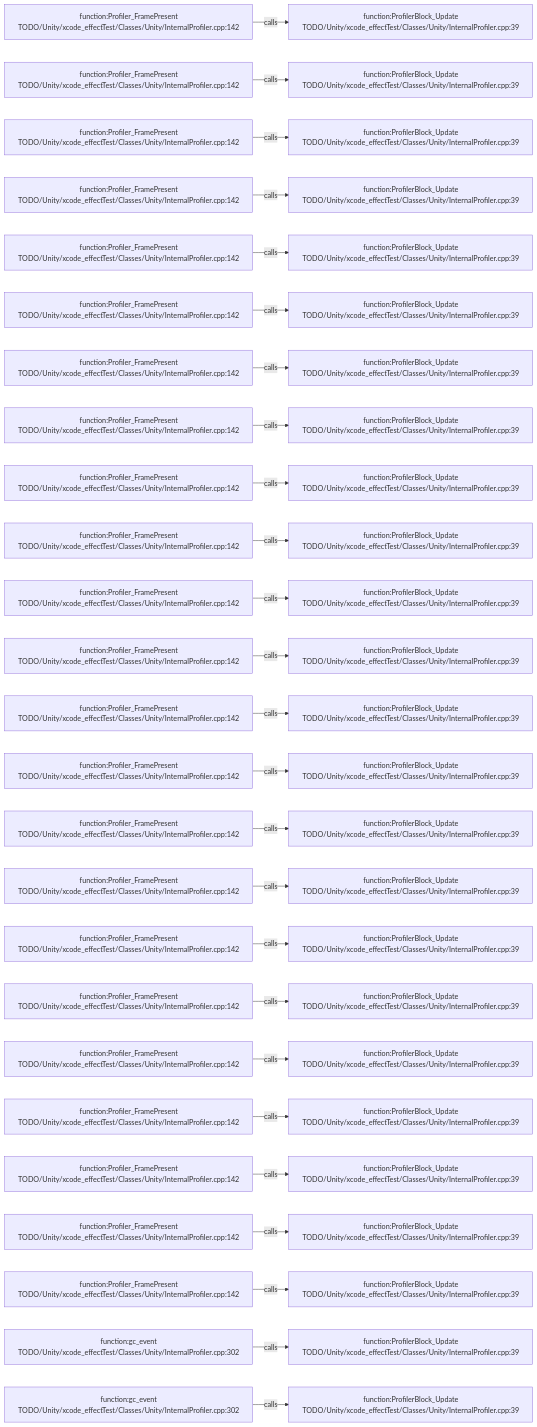
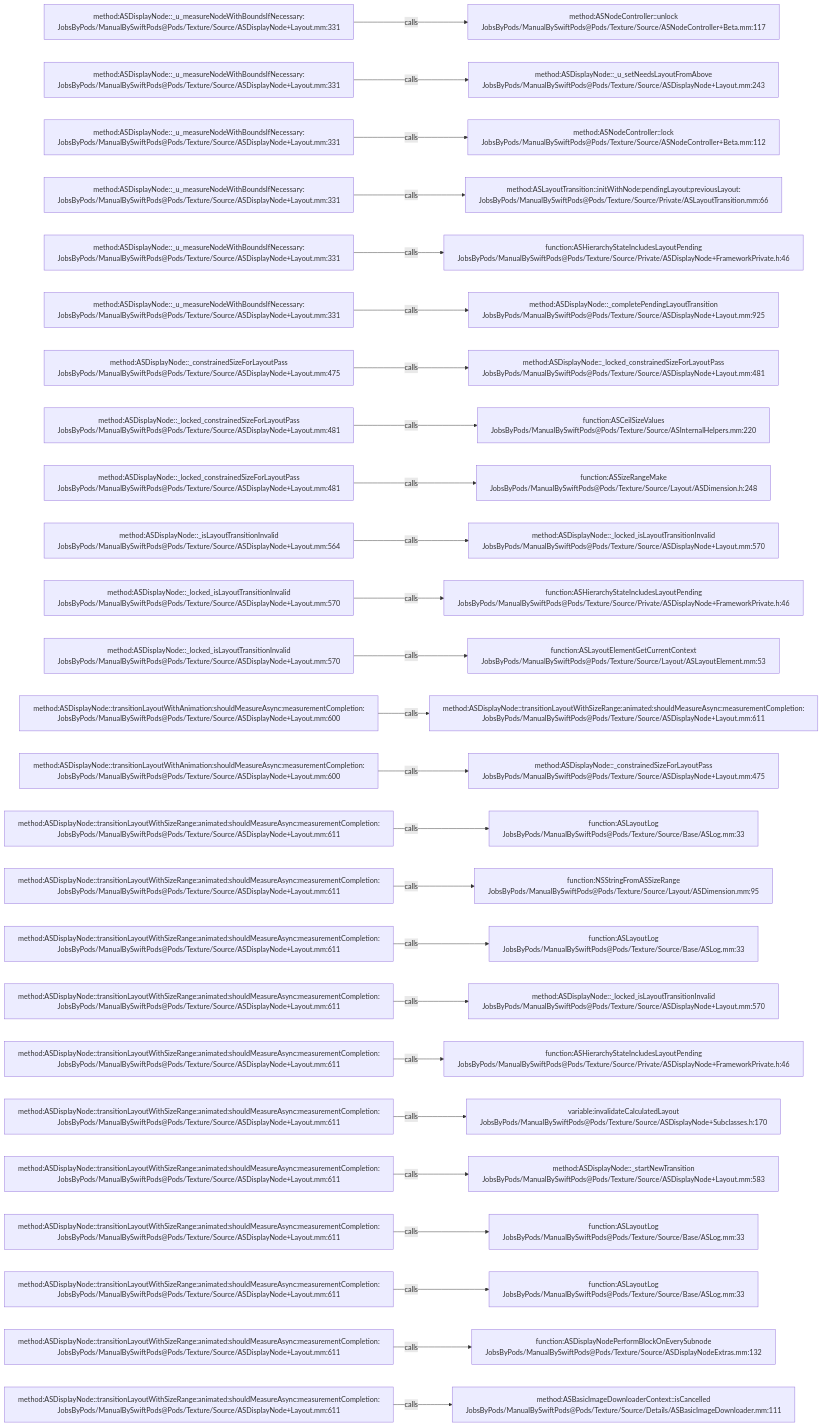
The diagram in .codegraph/codegraph.md/graphs/calls-041.md (JobsKits/JobsSwiftBaseConfigDemo), drawn with Mermaid before and after one commit. The commit also changed 2959 other files, not shown here.

````diff
--- a/.codegraph/codegraph.md/graphs/calls-041.md
+++ b/.codegraph/codegraph.md/graphs/calls-041.md
@@ -13,78 +13,78 @@
 ```mermaid
 flowchart LR
-  S1["function:Profiler_FramePresent<br/>TODO/Unity/xcode_effectTest/Classes/Unity/InternalProfiler.cpp:142"]
-  T1["function:ProfilerBlock_Update<br/>TODO/Unity/xcode_effectTest/Classes/Unity/InternalProfiler.cpp:39"]
+  S1["method:ASDisplayNode::_u_measureNodeWithBoundsIfNecessary:<br/>JobsByPods/ManualBySwiftPods@Pods/Texture/Source/ASDisplayNode+Layout.mm:331"]
+  T1["method:ASNodeController::unlock<br/>JobsByPods/ManualBySwiftPods@Pods/Texture/Source/ASNodeController+Beta.mm:117"]
   S1 -->|calls| T1
-  S2["function:Profiler_FramePresent<br/>TODO/Unity/xcode_effectTest/Classes/Unity/InternalProfiler.cpp:142"]
-  T2["function:ProfilerBlock_Update<br/>TODO/Unity/xcode_effectTest/Classes/Unity/InternalProfiler.cpp:39"]
+  S2["method:ASDisplayNode::_u_measureNodeWithBoundsIfNecessary:<br/>JobsByPods/ManualBySwiftPods@Pods/Texture/Source/ASDisplayNode+Layout.mm:331"]
+  T2["method:ASDisplayNode::_u_setNeedsLayoutFromAbove<br/>JobsByPods/ManualBySwiftPods@Pods/Texture/Source/ASDisplayNode+Layout.mm:243"]
   S2 -->|calls| T2
-  S3["function:Profiler_FramePresent<br/>TODO/Unity/xcode_effectTest/Classes/Unity/InternalProfiler.cpp:142"]
-  T3["function:ProfilerBlock_Update<br/>TODO/Unity/xcode_effectTest/Classes/Unity/InternalProfiler.cpp:39"]
+  S3["method:ASDisplayNode::_u_measureNodeWithBoundsIfNecessary:<br/>JobsByPods/ManualBySwiftPods@Pods/Texture/Source/ASDisplayNode+Layout.mm:331"]
+  T3["method:ASNodeController::lock<br/>JobsByPods/ManualBySwiftPods@Pods/Texture/Source/ASNodeController+Beta.mm:112"]
   S3 -->|calls| T3
-  S4["function:Profiler_FramePresent<br/>TODO/Unity/xcode_effectTest/Classes/Unity/InternalProfiler.cpp:142"]
-  T4["function:ProfilerBlock_Update<br/>TODO/Unity/xcode_effectTest/Classes/Unity/InternalProfiler.cpp:39"]
+  S4["method:ASDisplayNode::_u_measureNodeWithBoundsIfNecessary:<br/>JobsByPods/ManualBySwiftPods@Pods/Texture/Source/ASDisplayNode+Layout.mm:331"]
+  T4["method:ASLayoutTransition::initWithNode:pendingLayout:previousLayout:<br/>JobsByPods/ManualBySwiftPods@Pods/Texture/Source/Private/ASLayoutTransition.mm:66"]
   S4 -->|calls| T4
-  S5["function:Profiler_FramePresent<br/>TODO/Unity/xcode_effectTest/Classes/Unity/InternalProfiler.cpp:142"]
-  T5["function:ProfilerBlock_Update<br/>TODO/Unity/xcode_effectTest/Classes/Unity/InternalProfiler.cpp:39"]
+  S5["method:ASDisplayNode::_u_measureNodeWithBoundsIfNecessary:<br/>JobsByPods/ManualBySwiftPods@Pods/Texture/Source/ASDisplayNode+Layout.mm:331"]
+  T5["function:ASHierarchyStateIncludesLayoutPending<br/>JobsByPods/ManualBySwiftPods@Pods/Texture/Source/Private/ASDisplayNode+FrameworkPrivate.h:46"]
   S5 -->|calls| T5
-  S6["function:Profiler_FramePresent<br/>TODO/Unity/xcode_effectTest/Classes/Unity/InternalProfiler.cpp:142"]
-  T6["function:ProfilerBlock_Update<br/>TODO/Unity/xcode_effectTest/Classes/Unity/InternalProfiler.cpp:39"]
+  S6["method:ASDisplayNode::_u_measureNodeWithBoundsIfNecessary:<br/>JobsByPods/ManualBySwiftPods@Pods/Texture/Source/ASDisplayNode+Layout.mm:331"]
+  T6["method:ASDisplayNode::_completePendingLayoutTransition<br/>JobsByPods/ManualBySwiftPods@Pods/Texture/Source/ASDisplayNode+Layout.mm:925"]
   S6 -->|calls| T6
-  S7["function:Profiler_FramePresent<br/>TODO/Unity/xcode_effectTest/Classes/Unity/InternalProfiler.cpp:142"]
-  T7["function:ProfilerBlock_Update<br/>TODO/Unity/xcode_effectTest/Classes/Unity/InternalProfiler.cpp:39"]
+  S7["method:ASDisplayNode::_constrainedSizeForLayoutPass<br/>JobsByPods/ManualBySwiftPods@Pods/Texture/Source/ASDisplayNode+Layout.mm:475"]
+  T7["method:ASDisplayNode::_locked_constrainedSizeForLayoutPass<br/>JobsByPods/ManualBySwiftPods@Pods/Texture/Source/ASDisplayNode+Layout.mm:481"]
   S7 -->|calls| T7
-  S8["function:Profiler_FramePresent<br/>TODO/Unity/xcode_effectTest/Classes/Unity/InternalProfiler.cpp:142"]
-  T8["function:ProfilerBlock_Update<br/>TODO/Unity/xcode_effectTest/Classes/Unity/InternalProfiler.cpp:39"]
+  S8["method:ASDisplayNode::_locked_constrainedSizeForLayoutPass<br/>JobsByPods/ManualBySwiftPods@Pods/Texture/Source/ASDisplayNode+Layout.mm:481"]
+  T8["function:ASCeilSizeValues<br/>JobsByPods/ManualBySwiftPods@Pods/Texture/Source/ASInternalHelpers.mm:220"]
   S8 -->|calls| T8
-  S9["function:Profiler_FramePresent<br/>TODO/Unity/xcode_effectTest/Classes/Unity/InternalProfiler.cpp:142"]
-  T9["function:ProfilerBlock_Update<br/>TODO/Unity/xcode_effectTest/Classes/Unity/InternalProfiler.cpp:39"]
+  S9["method:ASDisplayNode::_locked_constrainedSizeForLayoutPass<br/>JobsByPods/ManualBySwiftPods@Pods/Texture/Source/ASDisplayNode+Layout.mm:481"]
+  T9["function:ASSizeRangeMake<br/>JobsByPods/ManualBySwiftPods@Pods/Texture/Source/Layout/ASDimension.h:248"]
   S9 -->|calls| T9
-  S10["function:Profiler_FramePresent<br/>TODO/Unity/xcode_effectTest/Classes/Unity/InternalProfiler.cpp:142"]
-  T10["function:ProfilerBlock_Update<br/>TODO/Unity/xcode_effectTest/Classes/Unity/InternalProfiler.cpp:39"]
+  S10["method:ASDisplayNode::_isLayoutTransitionInvalid<br/>JobsByPods/ManualBySwiftPods@Pods/Texture/Source/ASDisplayNode+Layout.mm:564"]
+  T10["method:ASDisplayNode::_locked_isLayoutTransitionInvalid<br/>JobsByPods/ManualBySwiftPods@Pods/Texture/Source/ASDisplayNode+Layout.mm:570"]
   S10 -->|calls| T10
-  S11["function:Profiler_FramePresent<br/>TODO/Unity/xcode_effectTest/Classes/Unity/InternalProfiler.cpp:142"]
-  T11["function:ProfilerBlock_Update<br/>TODO/Unity/xcode_effectTest/Classes/Unity/InternalProfiler.cpp:39"]
+  S11["method:ASDisplayNode::_locked_isLayoutTransitionInvalid<br/>JobsByPods/ManualBySwiftPods@Pods/Texture/Source/ASDisplayNode+Layout.mm:570"]
+  T11["function:ASHierarchyStateIncludesLayoutPending<br/>JobsByPods/ManualBySwiftPods@Pods/Texture/Source/Private/ASDisplayNode+FrameworkPrivate.h:46"]
   S11 -->|calls| T11
-  S12["function:Profiler_FramePresent<br/>TODO/Unity/xcode_effectTest/Classes/Unity/InternalProfiler.cpp:142"]
-  T12["function:ProfilerBlock_Update<br/>TODO/Unity/xcode_effectTest/Classes/Unity/InternalProfiler.cpp:39"]
+  S12["method:ASDisplayNode::_locked_isLayoutTransitionInvalid<br/>JobsByPods/ManualBySwiftPods@Pods/Texture/Source/ASDisplayNode+Layout.mm:570"]
+  T12["function:ASLayoutElementGetCurrentContext<br/>JobsByPods/ManualBySwiftPods@Pods/Texture/Source/Layout/ASLayoutElement.mm:53"]
   S12 -->|calls| T12
-  S13["function:Profiler_FramePresent<br/>TODO/Unity/xcode_effectTest/Classes/Unity/InternalProfiler.cpp:142"]
-  T13["function:ProfilerBlock_Update<br/>TODO/Unity/xcode_effectTest/Classes/Unity/InternalProfiler.cpp:39"]
+  S13["method:ASDisplayNode::transitionLayoutWithAnimation:shouldMeasureAsync:measurementCompletion:<br/>JobsByPods/ManualBySwiftPods@Pods/Texture/Source/ASDisplayNode+Layout.mm:600"]
+  T13["method:ASDisplayNode::transitionLayoutWithSizeRange:animated:shouldMeasureAsync:measurementCompletion:<br/>JobsByPods/ManualBySwiftPods@Pods/Texture/Source/ASDisplayNode+Layout.mm:611"]
   S13 -->|calls| T13
-  S14["function:Profiler_FramePresent<br/>TODO/Unity/xcode_effectTest/Classes/Unity/InternalProfiler.cpp:142"]
-  T14["function:ProfilerBlock_Update<br/>TODO/Unity/xcode_effectTest/Classes/Unity/InternalProfiler.cpp:39"]
+  S14["method:ASDisplayNode::transitionLayoutWithAnimation:shouldMeasureAsync:measurementCompletion:<br/>JobsByPods/ManualBySwiftPods@Pods/Texture/Source/ASDisplayNode+Layout.mm:600"]
+  T14["method:ASDisplayNode::_constrainedSizeForLayoutPass<br/>JobsByPods/ManualBySwiftPods@Pods/Texture/Source/ASDisplayNode+Layout.mm:475"]
   S14 -->|calls| T14
-  S15["function:Profiler_FramePresent<br/>TODO/Unity/xcode_effectTest/Classes/Unity/InternalProfiler.cpp:142"]
-  T15["function:ProfilerBlock_Update<br/>TODO/Unity/xcode_effectTest/Classes/Unity/InternalProfiler.cpp:39"]
+  S15["method:ASDisplayNode::transitionLayoutWithSizeRange:animated:shouldMeasureAsync:measurementCompletion:<br/>JobsByPods/ManualBySwiftPods@Pods/Texture/Source/ASDisplayNode+Layout.mm:611"]
+  T15["function:ASLayoutLog<br/>JobsByPods/ManualBySwiftPods@Pods/Texture/Source/Base/ASLog.mm:33"]
   S15 -->|calls| T15
-  S16["function:Profiler_FramePresent<br/>TODO/Unity/xcode_effectTest/Classes/Unity/InternalProfiler.cpp:142"]
-  T16["function:ProfilerBlock_Update<br/>TODO/Unity/xcode_effectTest/Classes/Unity/InternalProfiler.cpp:39"]
+  S16["method:ASDisplayNode::transitionLayoutWithSizeRange:animated:shouldMeasureAsync:measurementCompletion:<br/>JobsByPods/ManualBySwiftPods@Pods/Texture/Source/ASDisplayNode+Layout.mm:611"]
+  T16["function:NSStringFromASSizeRange<br/>JobsByPods/ManualBySwiftPods@Pods/Texture/Source/Layout/ASDimension.mm:95"]
   S16 -->|calls| T16
-  S17["function:Profiler_FramePresent<br/>TODO/Unity/xcode_effectTest/Classes/Unity/InternalProfiler.cpp:142"]
-  T17["function:ProfilerBlock_Update<br/>TODO/Unity/xcode_effectTest/Classes/Unity/InternalProfiler.cpp:39"]
+  S17["method:ASDisplayNode::transitionLayoutWithSizeRange:animated:shouldMeasureAsync:measurementCompletion:<br/>JobsByPods/ManualBySwiftPods@Pods/Texture/Source/ASDisplayNode+Layout.mm:611"]
+  T17["function:ASLayoutLog<br/>JobsByPods/ManualBySwiftPods@Pods/Texture/Source/Base/ASLog.mm:33"]
   S17 -->|calls| T17
-  S18["function:Profiler_FramePresent<br/>TODO/Unity/xcode_effectTest/Classes/Unity/InternalProfiler.cpp:142"]
-  T18["function:ProfilerBlock_Update<br/>TODO/Unity/xcode_effectTest/Classes/Unity/InternalProfiler.cpp:39"]
+  S18["method:ASDisplayNode::transitionLayoutWithSizeRange:animated:shouldMeasureAsync:measurementCompletion:<br/>JobsByPods/ManualBySwiftPods@Pods/Texture/Source/ASDisplayNode+Layout.mm:611"]
+  T18["method:ASDisplayNode::_locked_isLayoutTransitionInvalid<br/>JobsByPods/ManualBySwiftPods@Pods/Texture/Source/ASDisplayNode+Layout.mm:570"]
   S18 -->|calls| T18
-  S19["function:Profiler_FramePresent<br/>TODO/Unity/xcode_effectTest/Classes/Unity/InternalProfiler.cpp:142"]
-  T19["function:ProfilerBlock_Update<br/>TODO/Unity/xcode_effectTest/Classes/Unity/InternalProfiler.cpp:39"]
+  S19["method:ASDisplayNode::transitionLayoutWithSizeRange:animated:shouldMeasureAsync:measurementCompletion:<br/>JobsByPods/ManualBySwiftPods@Pods/Texture/Source/ASDisplayNode+Layout.mm:611"]
+  T19["function:ASHierarchyStateIncludesLayoutPending<br/>JobsByPods/ManualBySwiftPods@Pods/Texture/Source/Private/ASDisplayNode+FrameworkPrivate.h:46"]
   S19 -->|calls| T19
-  S20["function:Profiler_FramePresent<br/>TODO/Unity/xcode_effectTest/Classes/Unity/InternalProfiler.cpp:142"]
-  T20["function:ProfilerBlock_Update<br/>TODO/Unity/xcode_effectTest/Classes/Unity/InternalProfiler.cpp:39"]
+  S20["method:ASDisplayNode::transitionLayoutWithSizeRange:animated:shouldMeasureAsync:measurementCompletion:<br/>JobsByPods/ManualBySwiftPods@Pods/Texture/Source/ASDisplayNode+Layout.mm:611"]
+  T20["variable:invalidateCalculatedLayout<br/>JobsByPods/ManualBySwiftPods@Pods/Texture/Source/ASDisplayNode+Subclasses.h:170"]
   S20 -->|calls| T20
-  S21["function:Profiler_FramePresent<br/>TODO/Unity/xcode_effectTest/Classes/Unity/InternalProfiler.cpp:142"]
-  T21["function:ProfilerBlock_Update<br/>TODO/Unity/xcode_effectTest/Classes/Unity/InternalProfiler.cpp:39"]
+  S21["method:ASDisplayNode::transitionLayoutWithSizeRange:animated:shouldMeasureAsync:measurementCompletion:<br/>JobsByPods/ManualBySwiftPods@Pods/Texture/Source/ASDisplayNode+Layout.mm:611"]
+  T21["method:ASDisplayNode::_startNewTransition<br/>JobsByPods/ManualBySwiftPods@Pods/Texture/Source/ASDisplayNode+Layout.mm:583"]
   S21 -->|calls| T21
-  S22["function:Profiler_FramePresent<br/>TODO/Unity/xcode_effectTest/Classes/Unity/InternalProfiler.cpp:142"]
-  T22["function:ProfilerBlock_Update<br/>TODO/Unity/xcode_effectTest/Classes/Unity/InternalProfiler.cpp:39"]
+  S22["method:ASDisplayNode::transitionLayoutWithSizeRange:animated:shouldMeasureAsync:measurementCompletion:<br/>JobsByPods/ManualBySwiftPods@Pods/Texture/Source/ASDisplayNode+Layout.mm:611"]
+  T22["function:ASLayoutLog<br/>JobsByPods/ManualBySwiftPods@Pods/Texture/Source/Base/ASLog.mm:33"]
   S22 -->|calls| T22
-  S23["function:Profiler_FramePresent<br/>TODO/Unity/xcode_effectTest/Classes/Unity/InternalProfiler.cpp:142"]
-  T23["function:ProfilerBlock_Update<br/>TODO/Unity/xcode_effectTest/Classes/Unity/InternalProfiler.cpp:39"]
+  S23["method:ASDisplayNode::transitionLayoutWithSizeRange:animated:shouldMeasureAsync:measurementCompletion:<br/>JobsByPods/ManualBySwiftPods@Pods/Texture/Source/ASDisplayNode+Layout.mm:611"]
+  T23["function:ASLayoutLog<br/>JobsByPods/ManualBySwiftPods@Pods/Texture/Source/Base/ASLog.mm:33"]
   S23 -->|calls| T23
-  S24["function:gc_event<br/>TODO/Unity/xcode_effectTest/Classes/Unity/InternalProfiler.cpp:302"]
-  T24["function:ProfilerBlock_Update<br/>TODO/Unity/xcode_effectTest/Classes/Unity/InternalProfiler.cpp:39"]
+  S24["method:ASDisplayNode::transitionLayoutWithSizeRange:animated:shouldMeasureAsync:measurementCompletion:<br/>JobsByPods/ManualBySwiftPods@Pods/Texture/Source/ASDisplayNode+Layout.mm:611"]
+  T24["function:ASDisplayNodePerformBlockOnEverySubnode<br/>JobsByPods/ManualBySwiftPods@Pods/Texture/Source/ASDisplayNodeExtras.mm:132"]
   S24 -->|calls| T24
-  S25["function:gc_event<br/>TODO/Unity/xcode_effectTest/Classes/Unity/InternalProfiler.cpp:302"]
-  T25["function:ProfilerBlock_Update<br/>TODO/Unity/xcode_effectTest/Classes/Unity/InternalProfiler.cpp:39"]
+  S25["method:ASDisplayNode::transitionLayoutWithSizeRange:animated:shouldMeasureAsync:measurementCompletion:<br/>JobsByPods/ManualBySwiftPods@Pods/Texture/Source/ASDisplayNode+Layout.mm:611"]
+  T25["method:ASBasicImageDownloaderContext::isCancelled<br/>JobsByPods/ManualBySwiftPods@Pods/Texture/Source/Details/ASBasicImageDownloader.mm:111"]
   S25 -->|calls| T25
 ```
````
